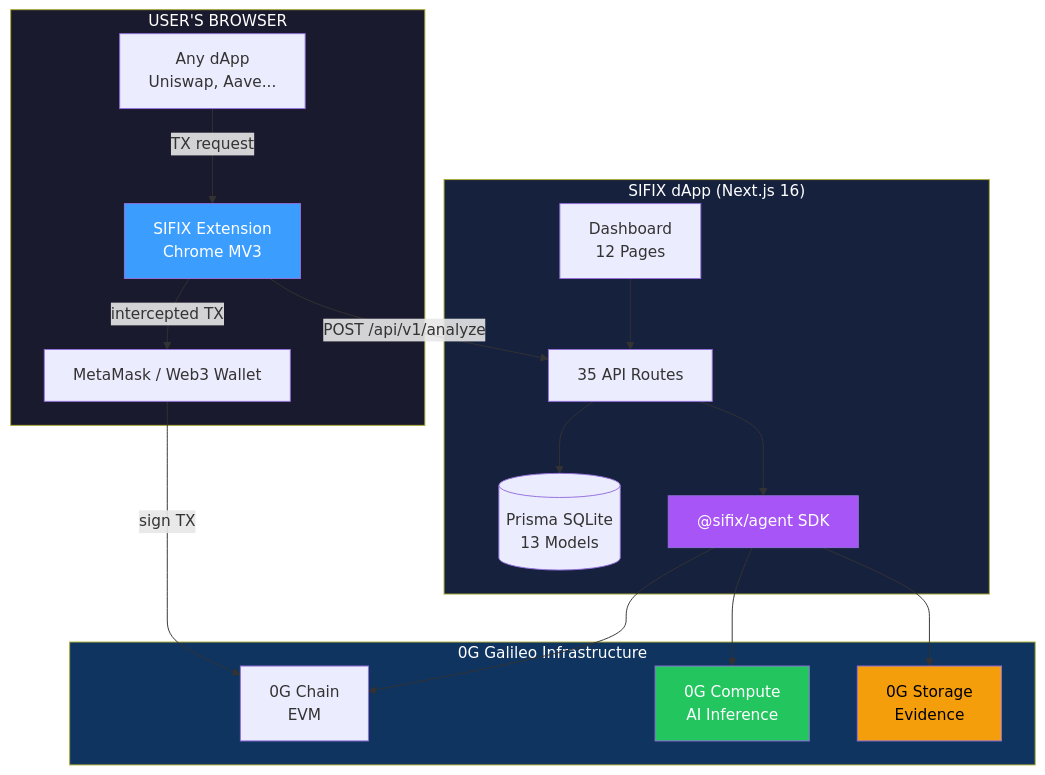
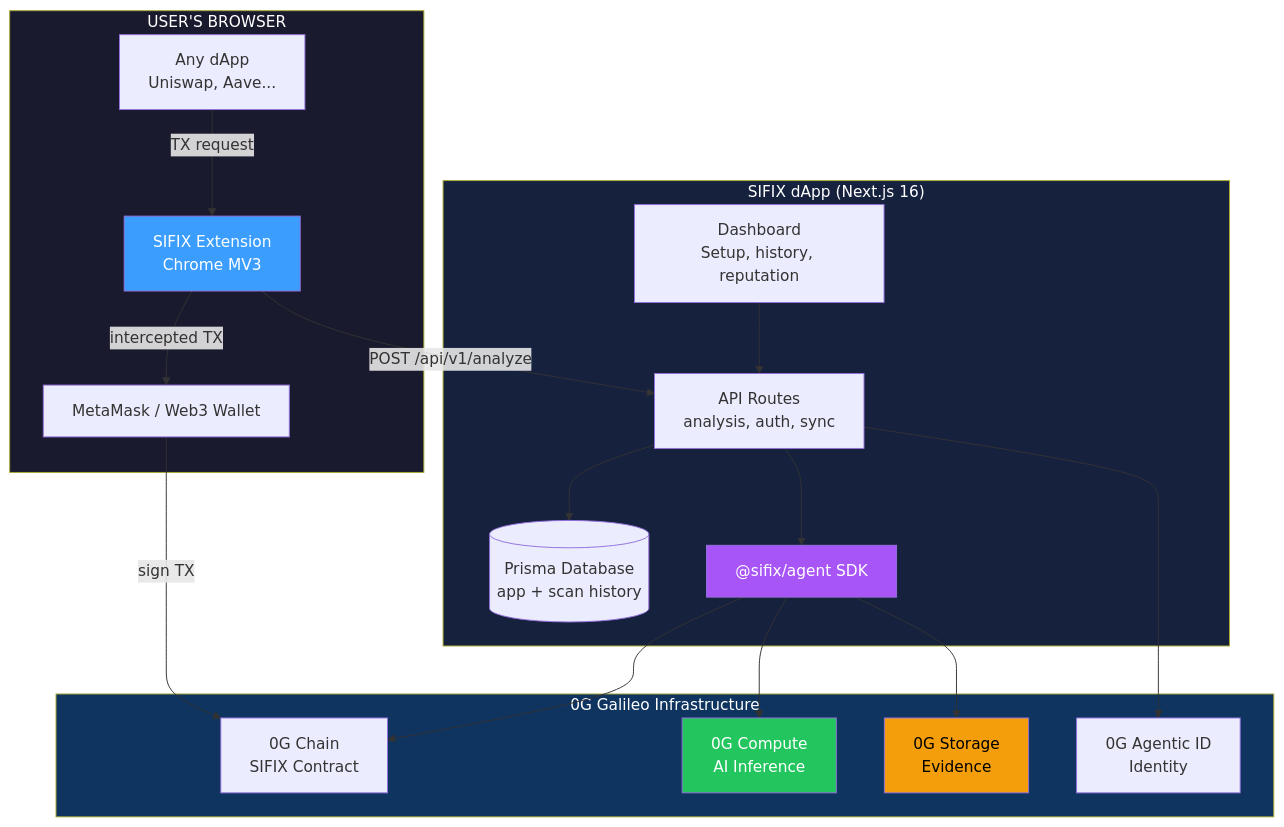
Before and after one commit to sifix-ai/.github: the first of 3 diagrams in profile/README.md, drawn with Mermaid. The commit also changed other lines of this file, not shown here.

Commit message:
docs: sesuaikan profil SIFIX ke status proyek terkini

````diff
--- a/profile/README.md
+++ b/profile/README.md
@@ -49,40 +49,42 @@
 ```mermaid
 graph TB
     subgraph BROWSER["USER'S BROWSER"]
         DAPP_UI[Any dApp<br/>Uniswap, Aave...]
         EXT_UI[SIFIX Extension<br/>Chrome MV3]
         MM[MetaMask / Web3 Wallet]
         DAPP_UI -->|TX request| EXT_UI
         EXT_UI -->|intercepted TX| MM
     end
 
     subgraph SIFIX["SIFIX dApp (Next.js 16)"]
-        DASH[Dashboard<br/>12 Pages]
-        API[35 API Routes]
-        DB[(Prisma SQLite<br/>13 Models)]
+        DASH[Dashboard<br/>Setup, history, reputation]
+        API[API Routes<br/>analysis, auth, sync]
+        DB[(Prisma Database<br/>app + scan history)]
         AGENT["@sifix/agent SDK"]
         DASH --> API
         API --> DB
         API --> AGENT
     end
 
     subgraph ZG["0G Galileo Infrastructure"]
-        CHAIN[0G Chain<br/>EVM]
+        CHAIN[0G Chain<br/>SIFIX Contract]
         COMPUTE[0G Compute<br/>AI Inference]
         STORAGE[0G Storage<br/>Evidence]
+        AGID[0G Agentic ID<br/>Identity]
     end
 
     EXT_UI -->|POST /api/v1/analyze| API
     MM -->|sign TX| CHAIN
     AGENT --> COMPUTE
     AGENT --> STORAGE
     AGENT --> CHAIN
+    API --> AGID
 
     style BROWSER fill:#1a1a2e,color:#fff
     style SIFIX fill:#16213e,color:#fff
     style ZG fill:#0f3460,color:#fff
     style EXT_UI fill:#3b9eff,color:#fff
     style AGENT fill:#a855f7,color:#fff
     style COMPUTE fill:#22c55e,color:#fff
     style STORAGE fill:#f59e0b,color:#000
 ```
````
